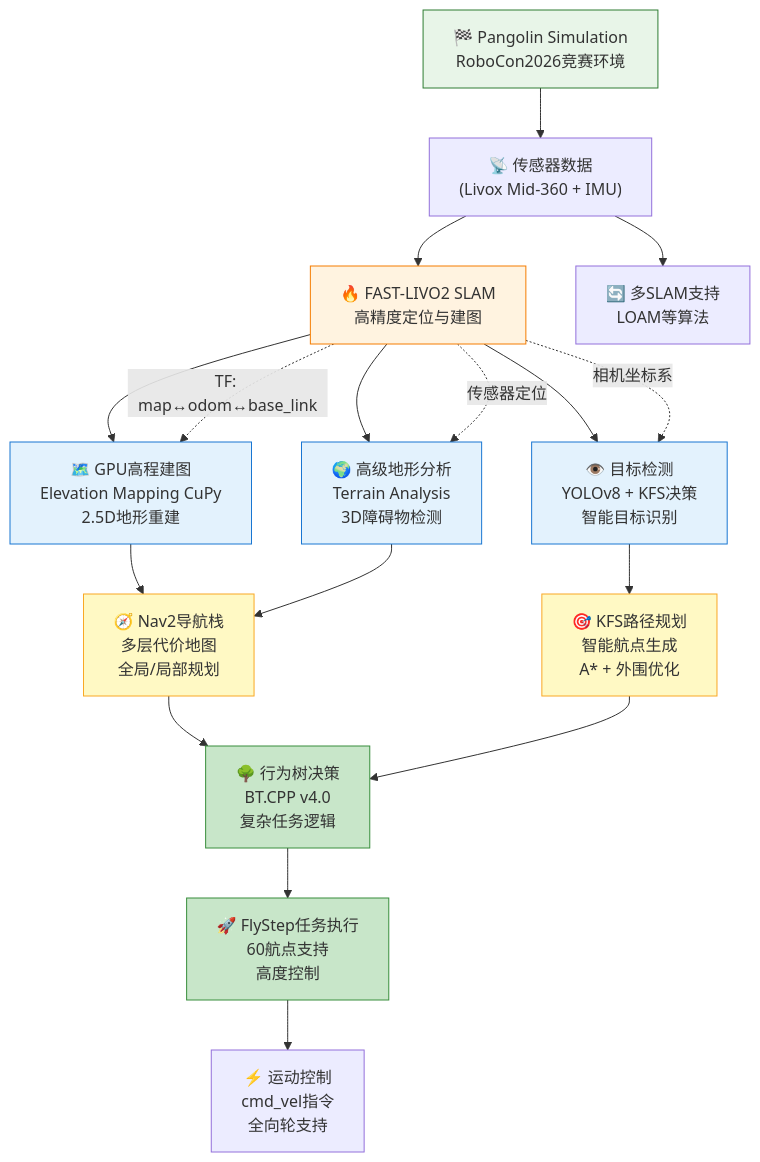
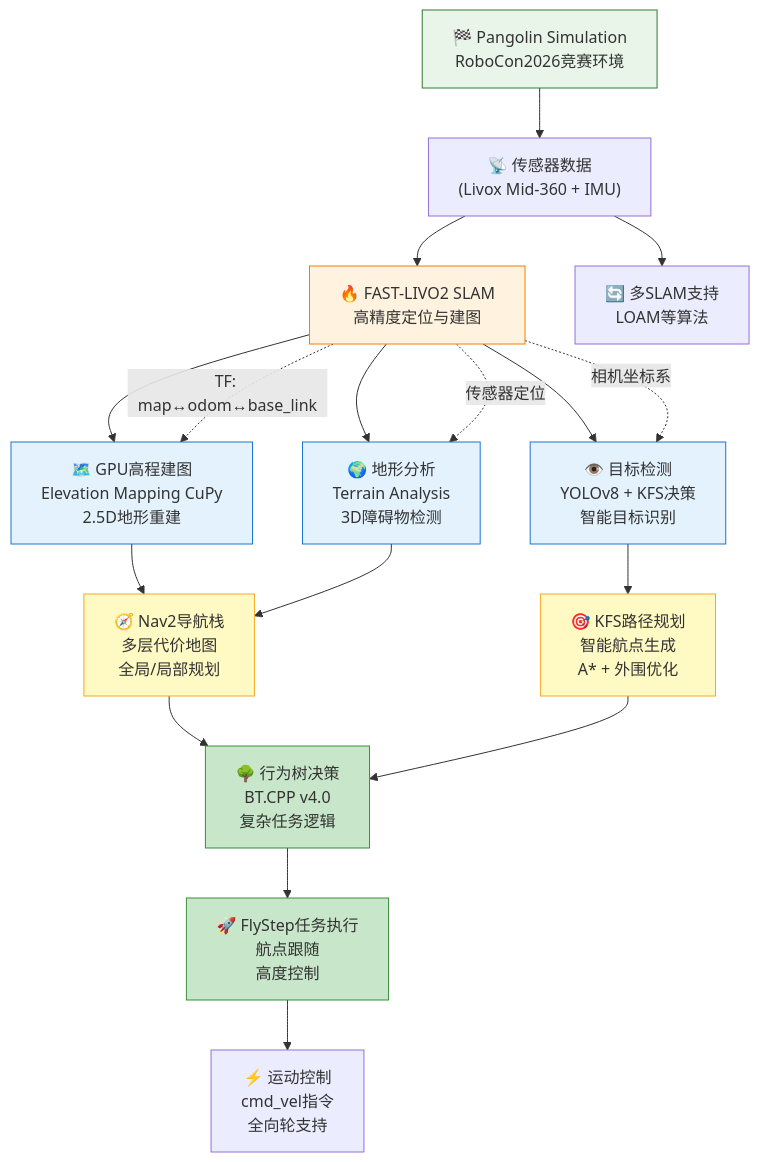
The first of 2 diagrams in README.md (OH1412/SCURC_Nav_Sim), drawn with Mermaid before and after one commit. The commit also changed other lines of this file and 2822 other files, not shown here.

````diff
--- a/README.md
+++ b/README.md
@@ -54,42 +55,42 @@
 ```mermaid
 graph TD
     A["🏁 Pangolin Simulation<br/>RoboCon2026竞赛环境"] --> B["📡 传感器数据<br/>(Livox Mid-360 + IMU)"]
 
     %% SLAM定位系统
     B --> C["🔥 FAST-LIVO2 SLAM<br/>高精度定位与建图"]
     B --> D["🔄 多SLAM支持<br/>LOAM等算法"]
 
     %% 并行感知处理
     C --> E["🗺️ GPU高程建图<br/>Elevation Mapping CuPy<br/>2.5D地形重建"]
-    C --> F["🌍 高级地形分析<br/>Terrain Analysis<br/>3D障碍物检测"]
+    C --> F["🌍 地形分析<br/>Terrain Analysis<br/>3D障碍物检测"]
     C --> G["👁️ 目标检测<br/>YOLOv8 + KFS决策<br/>智能目标识别"]
 
     %% TF坐标变换系统
     C -.->|"TF: map↔odom↔base_link"| E
     C -.->|"传感器定位"| F
     C -.->|"相机坐标系"| G
 
     %% 多层导航融合
     E --> H["🧭 Nav2导航栈<br/>多层代价地图<br/>全局/局部规划"]
     F --> H
     G --> I["🎯 KFS路径规划<br/>智能航点生成<br/>A* + 外围优化"]
 
     %% 决策与执行
     H --> J["🌳 行为树决策<br/>BT.CPP v4.0<br/>复杂任务逻辑"]
     I --> J
-    J --> K["🚀 FlyStep任务执行<br/>60航点支持<br/>高度控制"]
+    J --> K["🚀 FlyStep任务执行<br/>航点跟随<br/>高度控制"]
 
     %% 最终控制输出
     K --> L["⚡ 运动控制<br/>cmd_vel指令<br/>全向轮支持"]
 
     %% 样式定义
     style A fill:#e8f5e8,stroke:#2e7d32
     style C fill:#fff3e0,stroke:#f57c00
     style E fill:#e3f2fd,stroke:#1976d2
     style F fill:#e3f2fd,stroke:#1976d2
     style G fill:#e3f2fd,stroke:#1976d2
     style H fill:#fff9c4,stroke:#f9a825
     style I fill:#fff9c4,stroke:#f9a825
     style J fill:#c8e6c9,stroke:#388e3c
     style K fill:#c8e6c9,stroke:#388e3c
 ```
````
